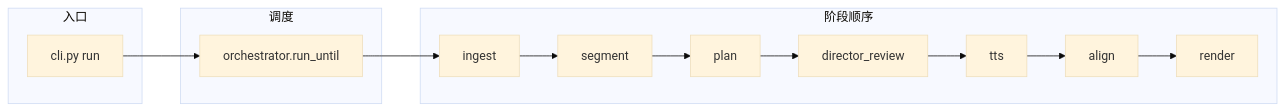
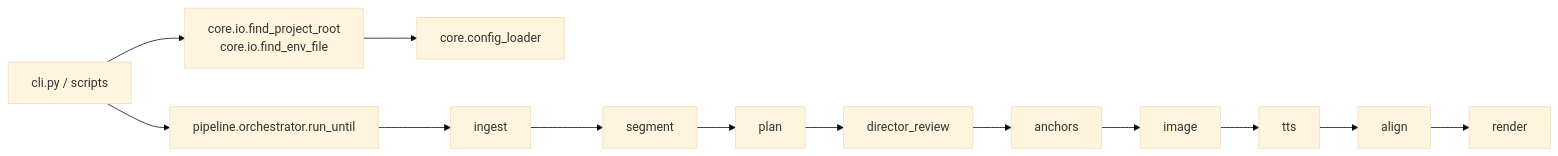
One commit to HighJ-GHJ/novel2comic changed the second of 2 diagrams in docs/CODE_STRUCTURE.md. Above: the diagram before and after it, drawn with Mermaid (base theme). The commit also changed other lines of this file and 45 other files, not shown here.

````diff
--- a/docs/CODE_STRUCTURE.md
+++ b/docs/CODE_STRUCTURE.md
@@ -63,23 +71,15 @@
 ```mermaid
 flowchart LR
-    subgraph 入口
-        CLI[cli.py run]
-    end
-
-    subgraph 调度
-        ORCH[orchestrator.run_until]
-    end
-
-    subgraph 阶段顺序
-        I[ingest]
-        S[segment]
-        P[plan]
-        D[director_review]
-        T[tts]
-        A[align]
-        R[render]
-    end
-
-    CLI --> ORCH
-    ORCH --> I --> S --> P --> D --> T --> A --> R
+    CLI["cli.py / scripts"] --> ROOTRES["core.io.find_project_root\ncore.io.find_env_file"]
+    ROOTRES --> CONFIG["core.config_loader"]
+    CLI --> ORCH["pipeline.orchestrator.run_until"]
+    ORCH --> ING["ingest"]
+    ING --> SEG["segment"]
+    SEG --> PLAN["plan"]
+    PLAN --> DR["director_review"]
+    DR --> ANC["anchors"]
+    ANC --> IMG["image"]
+    IMG --> TTS["tts"]
+    TTS --> ALN["align"]
+    ALN --> REN["render"]
 ```
````
